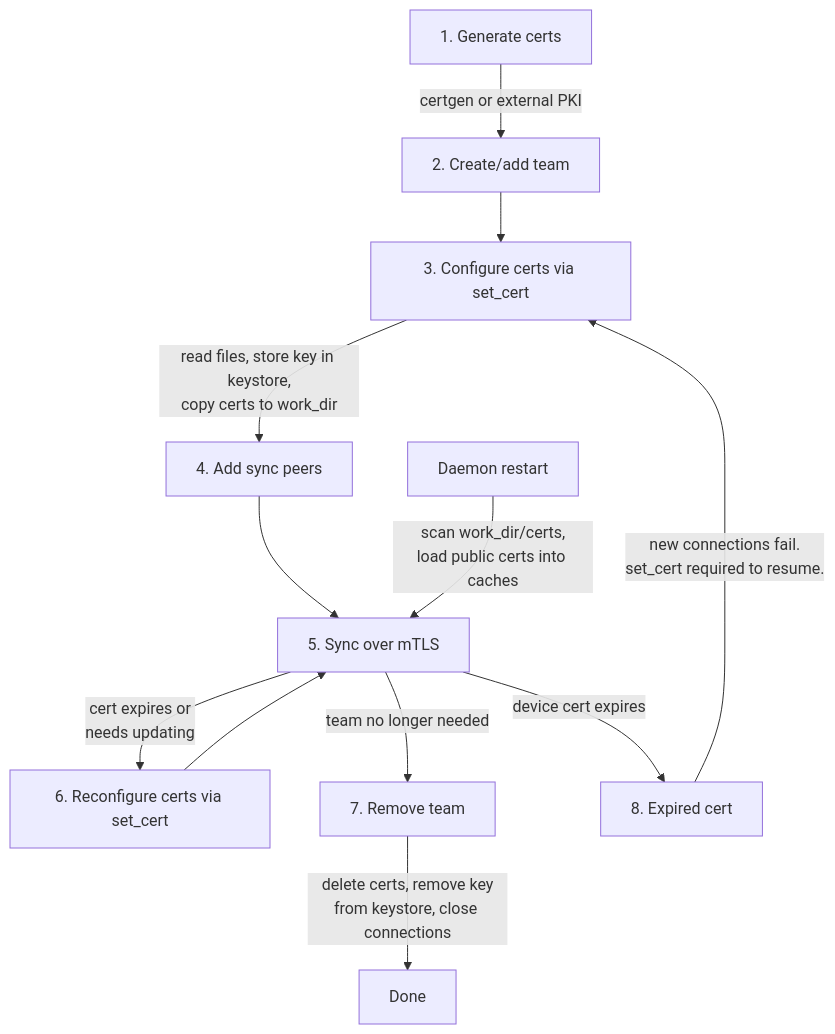
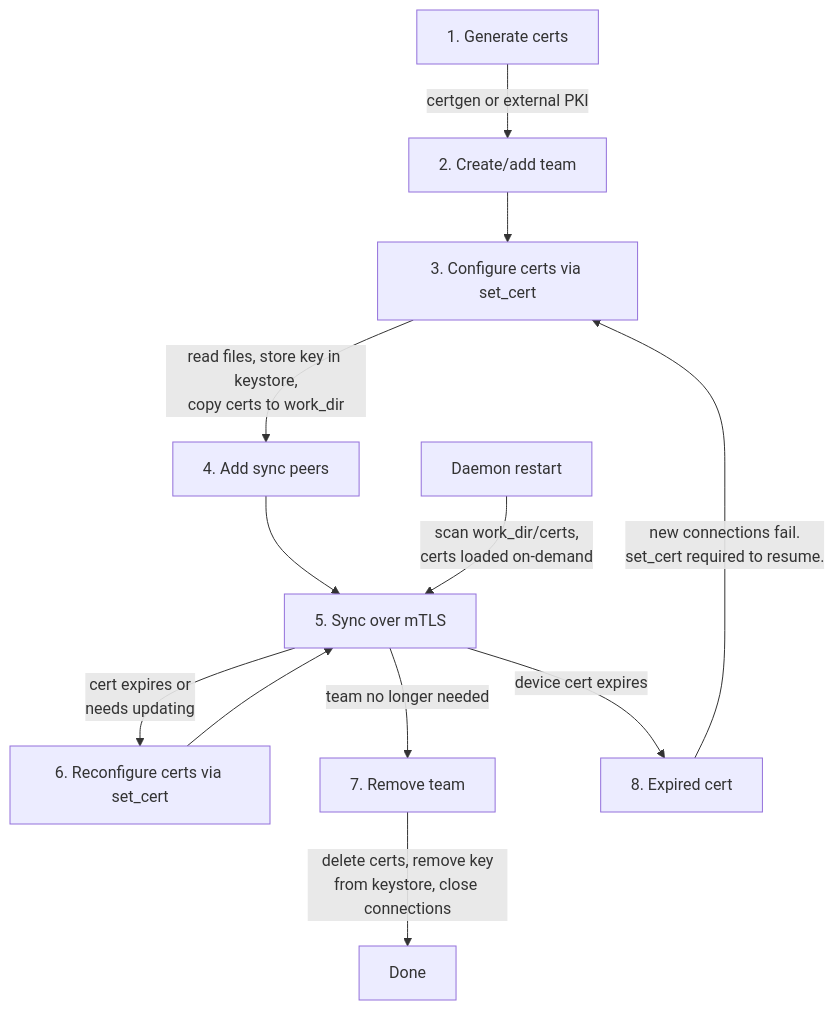
The diagram in docs/mtls.md (aranya-project/aranya-docs), drawn with Mermaid before and after one commit. The commit also changed other lines of this file, not shown here.

First line of the commit message:
docs: remove all cert caching references — everything loaded on-demand

````diff
--- a/docs/mtls.md
+++ b/docs/mtls.md
@@ -70,16 +70,16 @@
 ```mermaid
 flowchart TD
     A[1. Generate certs] -->|certgen or external PKI| B[2. Create/add team]
     B --> C[3. Configure certs via set_cert]
     C -->|read files, store key in keystore,<br/>copy certs to work_dir| D[4. Add sync peers]
     D --> E[5. Sync over mTLS]
     E -->|cert expires or<br/>needs updating| F[6. Reconfigure certs via set_cert]
     F --> E
     E -->|team no longer needed| G[7. Remove team]
     G -->|delete certs, remove key<br/>from keystore, close connections| H[Done]
 
-    I[Daemon restart] -->|scan work_dir/certs,<br/>load public certs into caches| E
+    I[Daemon restart] -->|scan work_dir/certs,<br/>certs loaded on-demand| E
 
     E -->|device cert expires| J[8. Expired cert]
     J -->|new connections fail.<br/>set_cert required to resume.| C
 ```
````
